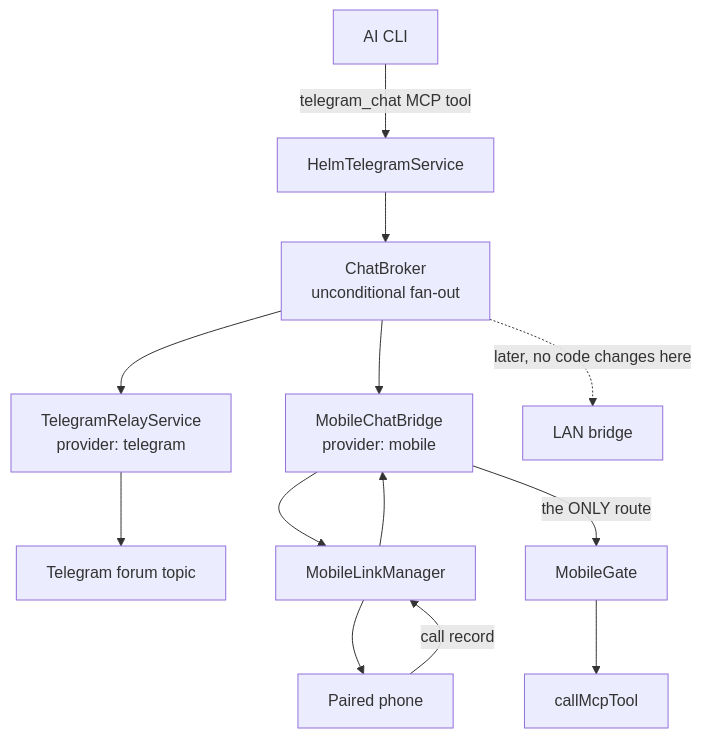
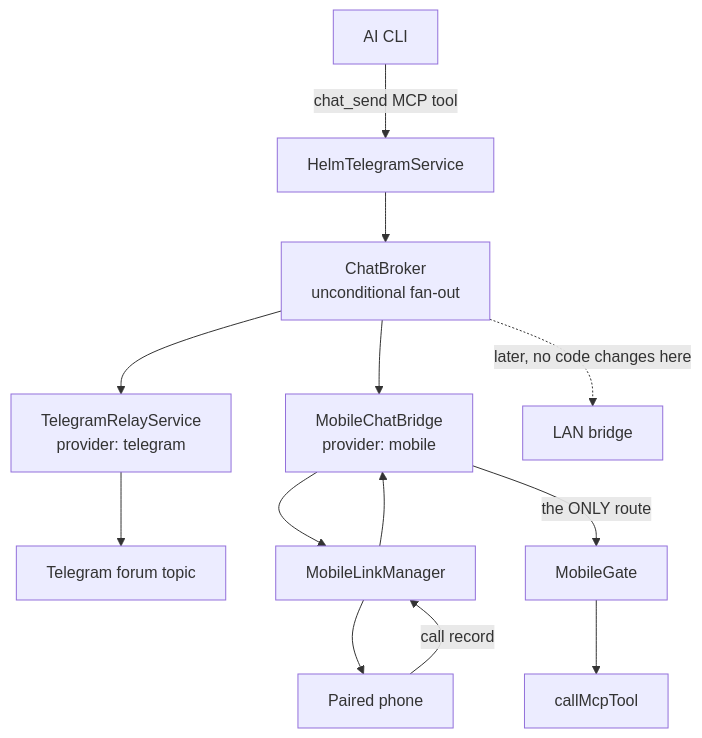
The first of 2 diagrams in docs/chat-fan-out.md (PetePeter/helm), drawn with Mermaid before and after one commit. The commit also changed other lines of this file and 10 other files, not shown here.

First line of the commit message:
feat(mcp): chat_send — the transport-agnostic chat entry point

````diff
--- a/docs/chat-fan-out.md
+++ b/docs/chat-fan-out.md
@@ -17,13 +17,13 @@
 ```mermaid
 graph TB
-    CLI[AI CLI] -->|telegram_chat MCP tool| SVC[HelmTelegramService]
+    CLI[AI CLI] -->|chat_send MCP tool| SVC[HelmTelegramService]
     SVC --> BROKER[ChatBroker<br/>unconditional fan-out]
     BROKER --> TG[TelegramRelayService<br/>provider: telegram]
     BROKER --> MOB[MobileChatBridge<br/>provider: mobile]
     BROKER -.->|later, no code changes here| LAN[LAN bridge]
     TG --> TOPIC[Telegram forum topic]
     MOB --> LINK[MobileLinkManager] --> PHONE[Paired phone]
 
     PHONE -->|call record| LINK --> MOB
     MOB -->|"the ONLY route"| GATE[MobileGate] --> MCP[callMcpTool]
 ```
````
